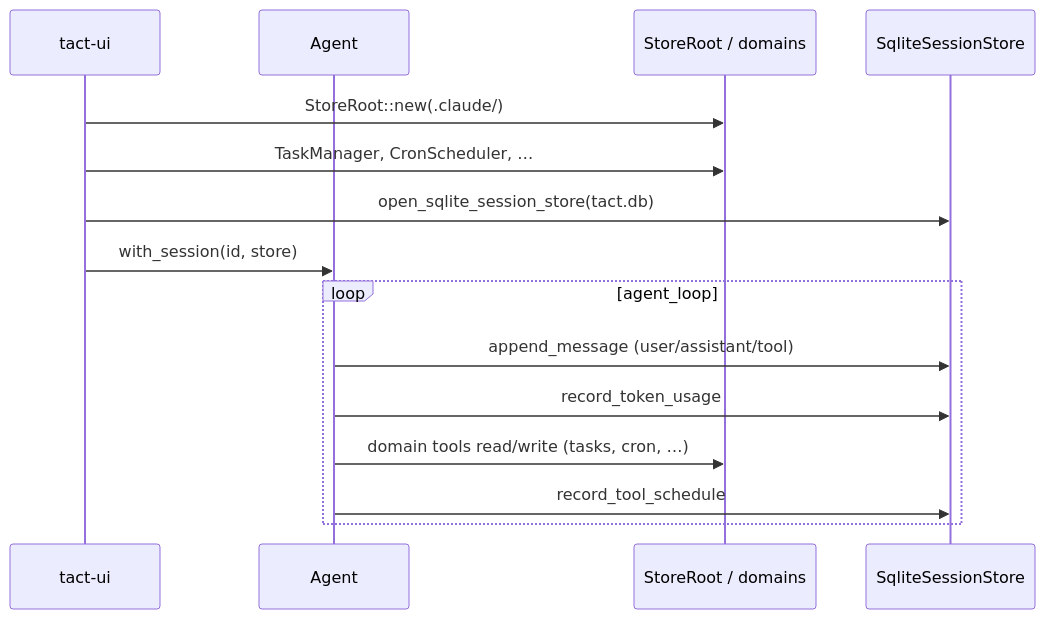
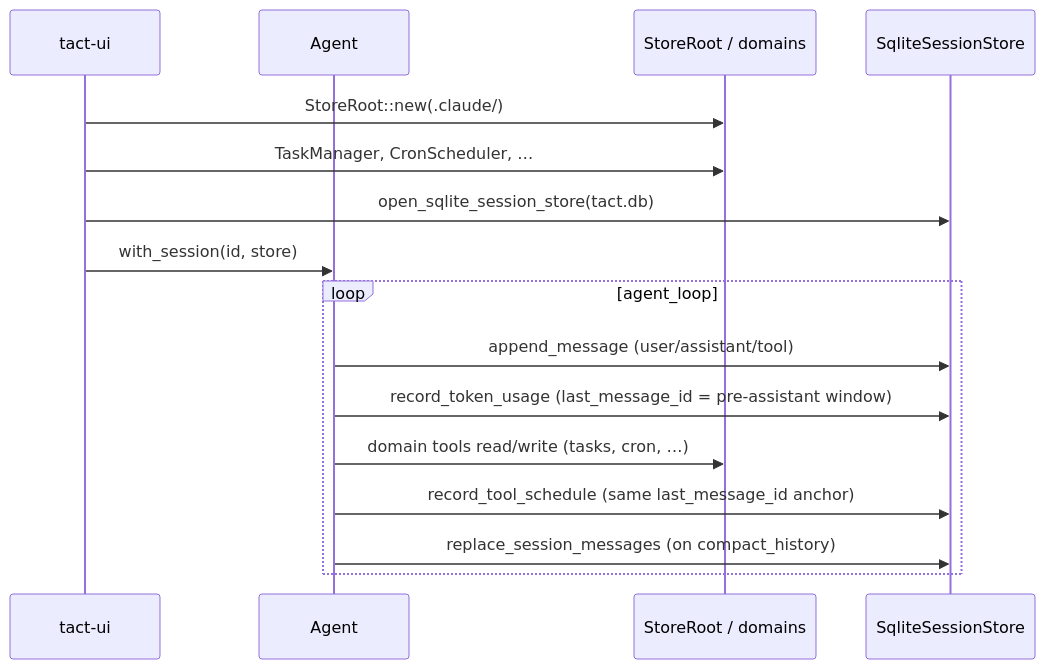
The second of 2 diagrams in book/01_chapter_store.md (rust-infra/tact), drawn with Mermaid before and after one commit. The commit also changed other lines of this file and 18 other files, not shown here.

````diff
--- a/book/01_chapter_store.md
+++ b/book/01_chapter_store.md
@@ -174,19 +176,20 @@
 ```mermaid
 sequenceDiagram
     participant TUI as tact-ui
     participant Agent
     participant JSON as StoreRoot / domains
     participant SQL as SqliteSessionStore
 
     TUI->>JSON: StoreRoot::new(.claude/)
     TUI->>JSON: TaskManager, CronScheduler, …
     TUI->>SQL: open_sqlite_session_store(tact.db)
     TUI->>Agent: with_session(id, store)
 
     loop agent_loop
         Agent->>SQL: append_message (user/assistant/tool)
-        Agent->>SQL: record_token_usage
+        Agent->>SQL: record_token_usage (last_message_id = pre-assistant window)
         Agent->>JSON: domain tools read/write (tasks, cron, …)
-        Agent->>SQL: record_tool_schedule
+        Agent->>SQL: record_tool_schedule (same last_message_id anchor)
+        Agent->>SQL: replace_session_messages (on compact_history)
     end
 ```
````
